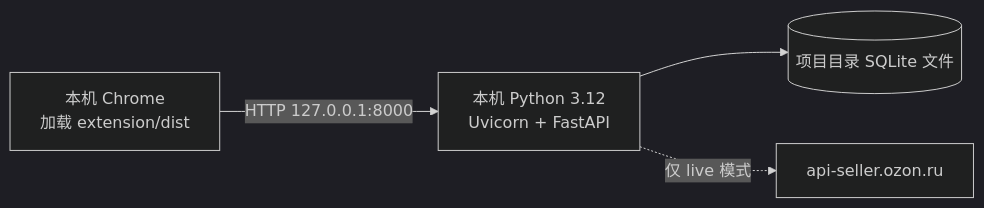
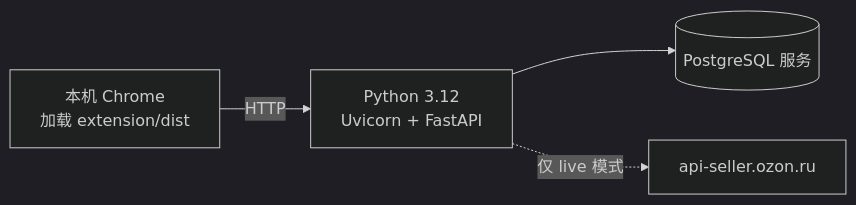
One commit to pengxdCSDN/ozonslj changed the third of 9 diagrams in docs/ARCHITECTURE.md. Above: the diagram before and after it, drawn with Mermaid (dark theme). The commit also changed other lines of this file and 43 other files, not shown here.

Commit message:
feat: 切换 PostgreSQL 并添加云端部署骨架

````diff
--- a/docs/ARCHITECTURE.md
+++ b/docs/ARCHITECTURE.md
@@ -57,6 +59,6 @@
 ```mermaid
 flowchart LR
-    CHROME["本机 Chrome<br/>加载 extension/dist"] -->|"HTTP 127.0.0.1:8000"| FASTAPI["本机 Python 3.12<br/>Uvicorn + FastAPI"]
-    FASTAPI --> SQLITE[("项目目录 SQLite 文件")]
+    CHROME["本机 Chrome<br/>加载 extension/dist"] -->|"HTTP"| FASTAPI["Python 3.12<br/>Uvicorn + FastAPI"]
+    FASTAPI --> POSTGRES[("PostgreSQL 服务")]
     FASTAPI -. "仅 live 模式" .-> OZON["api-seller.ozon.ru"]
 ```
````
